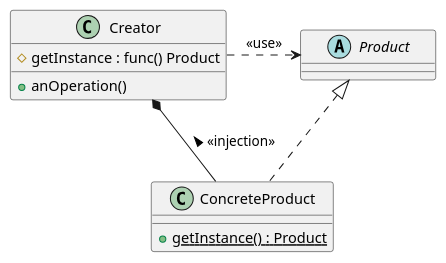
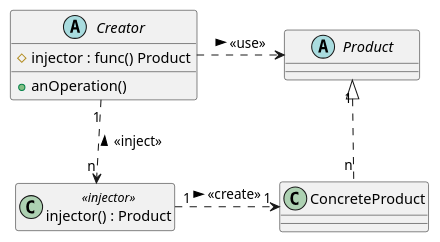
One commit to spiegel-im-spiegel/github-pages-env changed the diagram in content/golang/factory-method-pattern/injection.puml. Above: the diagram before and after it, drawn with PlantUML. The commit also changed 6 other files, not shown here.

Commit message:
Update diagram (fmp)

```diff
--- a/content/golang/factory-method-pattern/injection.puml
+++ b/content/golang/factory-method-pattern/injection.puml
@@ -1,21 +1,25 @@
 @startuml
 /'
  ' Factory Method Pattern
  '/
  skinparam minClassWidth 130
 
-class Creator {
-  {field} # getInstance : func() Product
-  {method} + anOperation()
-}
-abstract class Product {
-}
-class ConcreteProduct {
-  {classifier} {method} + getInstance() : Product
-}
+ abstract class Creator {
+   {field} # injector : func() Product
+   {method} + anOperation()
+ }
+ abstract class Product {
+ }
+ class ConcreteProduct {
+ }
+ class "injector() : Product" as Injector <<injector>> {
+ }
 
-Creator *-down- ConcreteProduct : < <<injection>>
-Product <|.down. ConcreteProduct
-Creator .right.> Product : <<use>>
+hide <<injector>> member
+
+Creator .right.> Product : <<use>> >
+Product "1" <|.down. "n" ConcreteProduct
+Injector "1" .right.> "1" ConcreteProduct : <<create>> >
+Creator "1" .down.> "n" Injector : < <<inject>>
 
 @enduml
```
